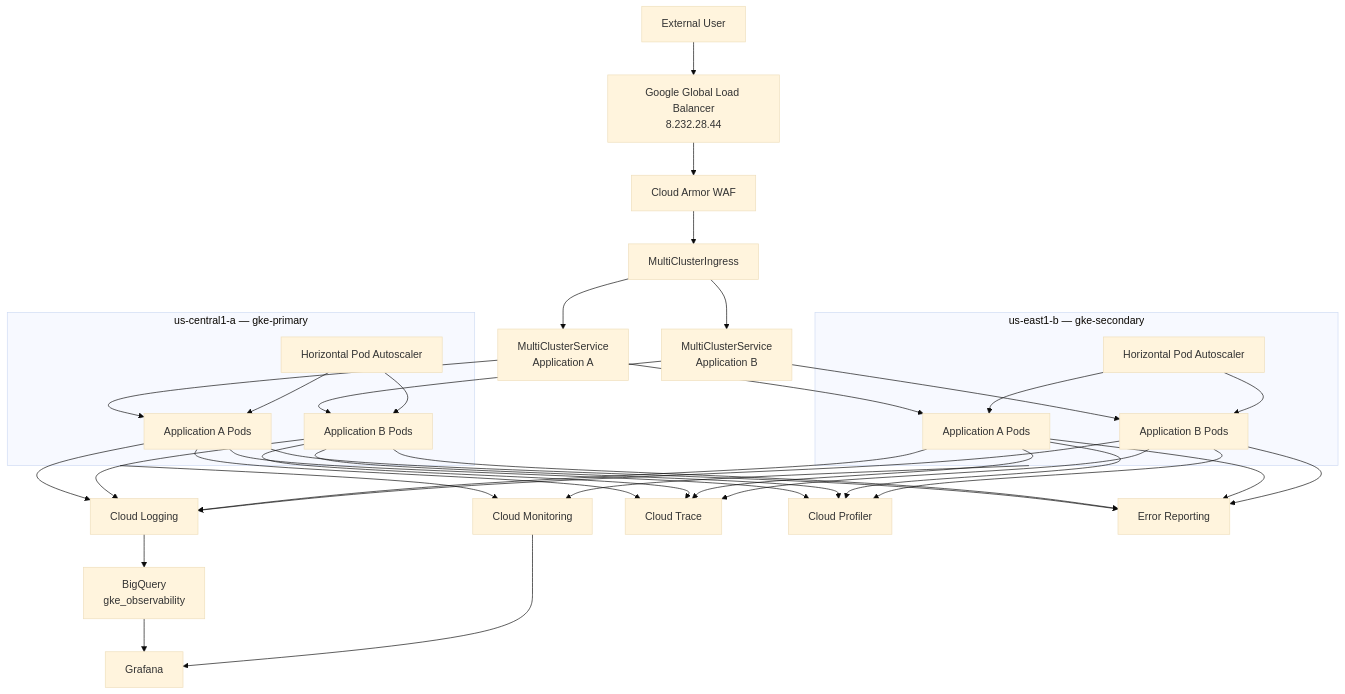
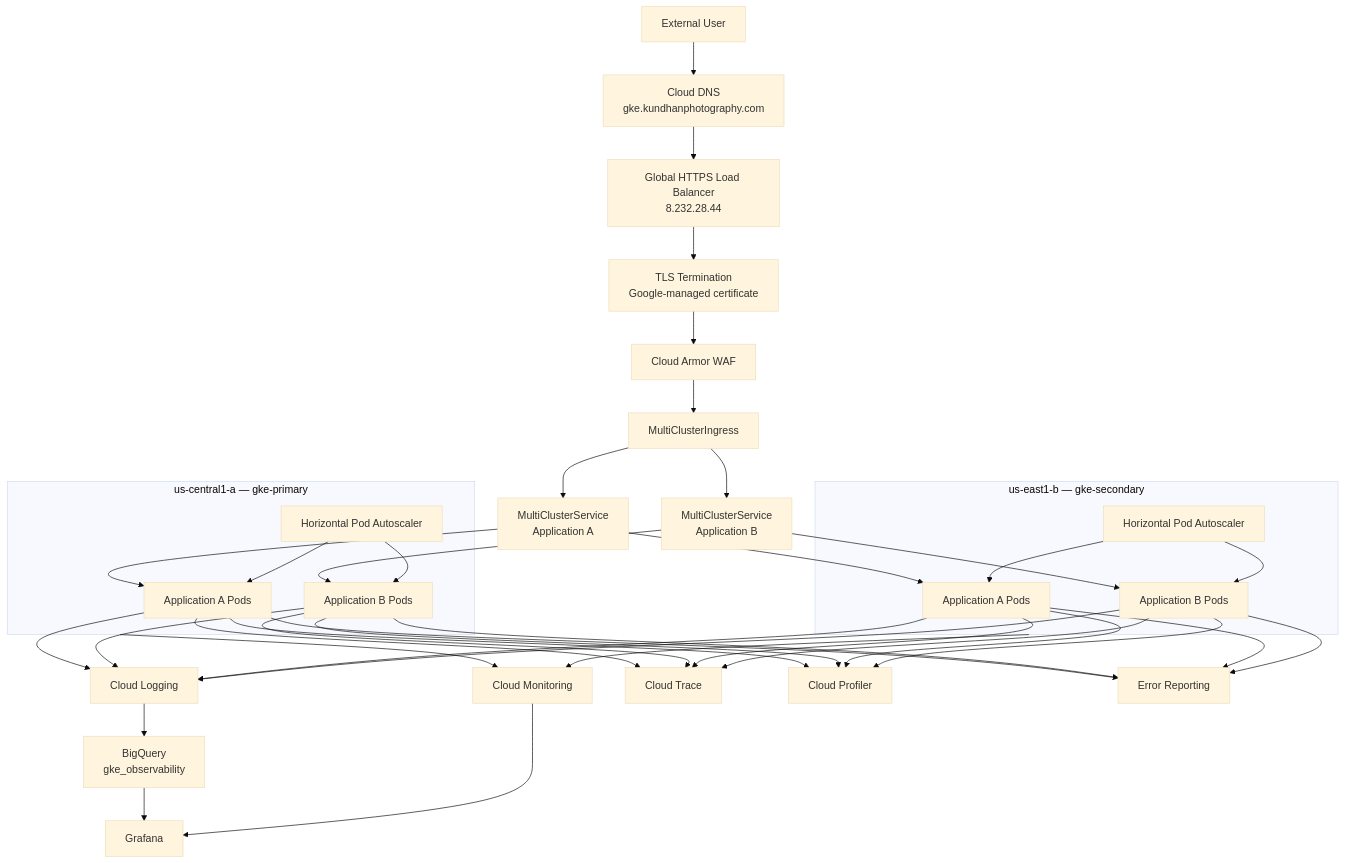
The diagram in docs/architecture.md (kundhan-v6/gcp-gke-observability-assessment), drawn with Mermaid (base theme) before and after one commit. The commit also changed other lines of this file, not shown here.

Commit message:
Align architecture docs with final HTTPS and secrets design

````diff
--- a/docs/architecture.md
+++ b/docs/architecture.md
@@ -11,58 +11,60 @@
 ```mermaid
 flowchart TB
-    U[External User] --> GLB[Google Global Load Balancer<br/>8.232.28.44]
-    GLB --> CA[Cloud Armor WAF]
+    U[External User] --> DNS[Cloud DNS<br/>gke.kundhanphotography.com]
+    DNS --> GLB[Global HTTPS Load Balancer<br/>8.232.28.44]
+    GLB --> TLS[TLS Termination<br/>Google-managed certificate]
+    TLS --> CA[Cloud Armor WAF]
     CA --> MCI[MultiClusterIngress]
 
     MCI --> MCSA[MultiClusterService<br/>Application A]
     MCI --> MCSB[MultiClusterService<br/>Application B]
 
     subgraph P["us-central1-a — gke-primary"]
         PA[Application A Pods]
         PB[Application B Pods]
         PHPA[Horizontal Pod Autoscaler]
     end
 
     subgraph S["us-east1-b — gke-secondary"]
         SA[Application A Pods]
         SB[Application B Pods]
         SHPA[Horizontal Pod Autoscaler]
     end
 
     MCSA --> PA
     MCSA --> SA
     MCSB --> PB
     MCSB --> SB
 
     PHPA --> PA
     PHPA --> PB
     SHPA --> SA
     SHPA --> SB
 
     PA --> LOG[Cloud Logging]
     PB --> LOG
     SA --> LOG
     SB --> LOG
 
     LOG --> BQ[BigQuery<br/>gke_observability]
     BQ --> GRAFANA[Grafana]
 
     P --> MON[Cloud Monitoring]
     S --> MON
     MON --> GRAFANA
 
     PA --> TRACE[Cloud Trace]
     PB --> TRACE
     SA --> TRACE
     SB --> TRACE
 
     PA --> PROF[Cloud Profiler]
     PB --> PROF
     SA --> PROF
     SB --> PROF
 
     PA --> ERR[Error Reporting]
     PB --> ERR
     SA --> ERR
     SB --> ERR
 ```
````
